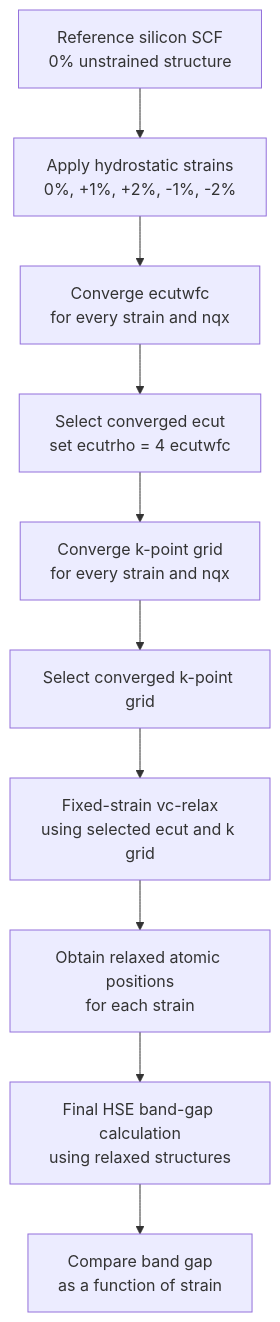
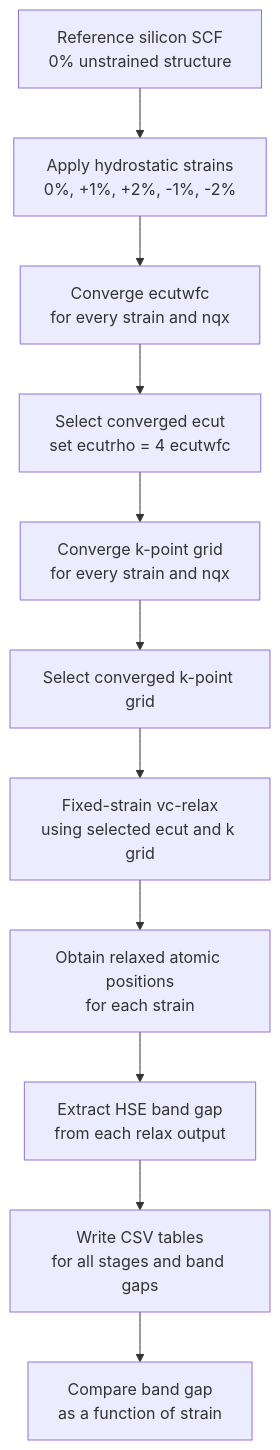
One commit to LikeAWalkInThePark/MATE250-FinalProject changed the diagram in README.md. Above: the diagram before and after it, drawn with Mermaid. The commit also changed other lines of this file, not shown here.

````diff
--- a/README.md
+++ b/README.md
@@ -215,12 +215,13 @@
 ```mermaid
 flowchart TD
     A[Reference silicon SCF<br/>0% unstrained structure] --> B[Apply hydrostatic strains<br/>0%, +1%, +2%, -1%, -2%]
     B --> C[Converge ecutwfc<br/>for every strain and nqx]
     C --> D[Select converged ecut<br/>set ecutrho = 4 ecutwfc]
     D --> E[Converge k-point grid<br/>for every strain and nqx]
     E --> F[Select converged k-point grid]
     F --> G[Fixed-strain vc-relax<br/>using selected ecut and k grid]
     G --> H[Obtain relaxed atomic positions<br/>for each strain]
-    H --> I[Final HSE band-gap calculation<br/>using relaxed structures]
-    I --> J[Compare band gap<br/>as a function of strain]
+    H --> I[Extract HSE band gap<br/>from each relax output]
+    I --> J[Write CSV tables<br/>for all stages and band gaps]
+    J --> K[Compare band gap<br/>as a function of strain]
 ```
````
